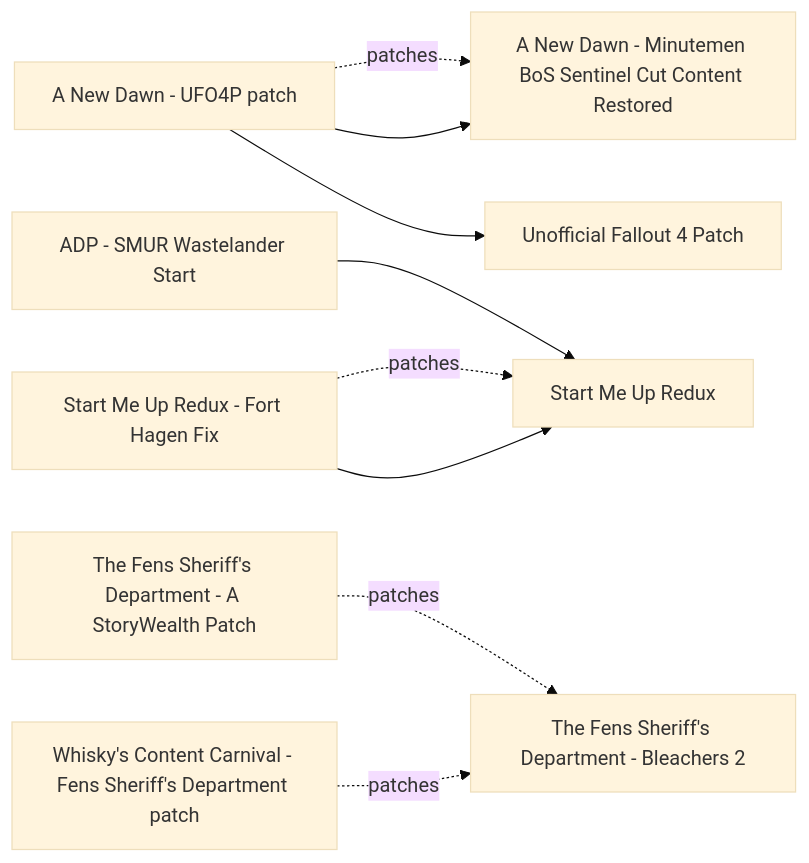
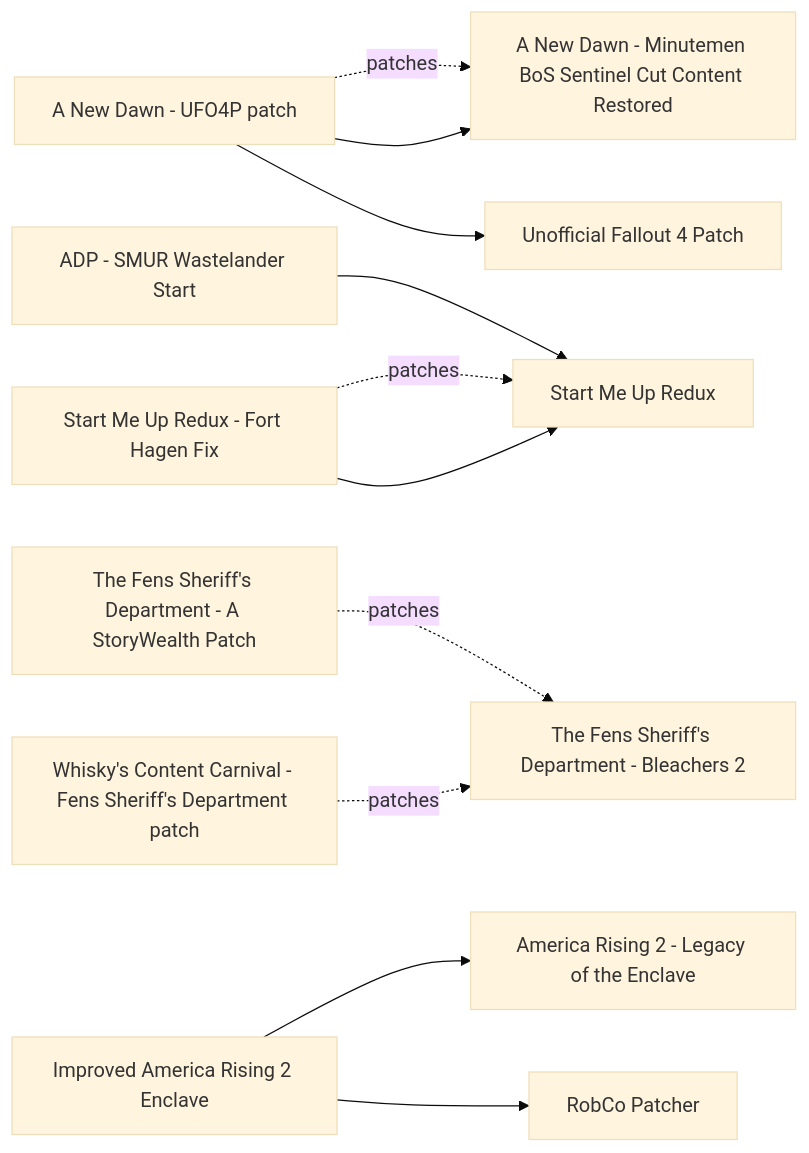
Before and after one commit to MorganKryze/fallout4-macos-modding: the diagram in docs/catalog/factions.md, drawn with Mermaid (base theme). The commit also changed other lines of this file and 14 other files, not shown here.

````diff
--- a/docs/catalog/factions.md
+++ b/docs/catalog/factions.md
@@ -76,20 +79,25 @@
 ```mermaid
 graph LR
   a_new_dawn["A New Dawn - Minutemen BoS Sentinel Cut Content Restored"]
   a_new_dawn_ufo4p_patch["A New Dawn - UFO4P patch"]
   adp_smur_wastelander_start["ADP - SMUR Wastelander Start"]
+  america_rising_2["America Rising 2 - Legacy of the Enclave"]
   fens_sheriffs_department["The Fens Sheriff's Department - Bleachers 2"]
   fsd_storywealth_patch["The Fens Sheriff's Department - A StoryWealth Patch"]
+  improved_ar2_enclave["Improved America Rising 2 Enclave"]
   lunar_fsd_patch["Whisky's Content Carnival - Fens Sheriff's Department patch"]
+  robco_patcher["RobCo Patcher"]
   smur_fort_hagen_fix["Start Me Up Redux - Fort Hagen Fix"]
   start_me_up_redux["Start Me Up Redux"]
   ufo4p["Unofficial Fallout 4 Patch"]
   a_new_dawn_ufo4p_patch -. patches .-> a_new_dawn
   a_new_dawn_ufo4p_patch --> a_new_dawn
   a_new_dawn_ufo4p_patch --> ufo4p
   adp_smur_wastelander_start --> start_me_up_redux
+  improved_ar2_enclave --> america_rising_2
+  improved_ar2_enclave --> robco_patcher
   smur_fort_hagen_fix -. patches .-> start_me_up_redux
   smur_fort_hagen_fix --> start_me_up_redux
   fsd_storywealth_patch -. patches .-> fens_sheriffs_department
   lunar_fsd_patch -. patches .-> fens_sheriffs_department
 ```
````
